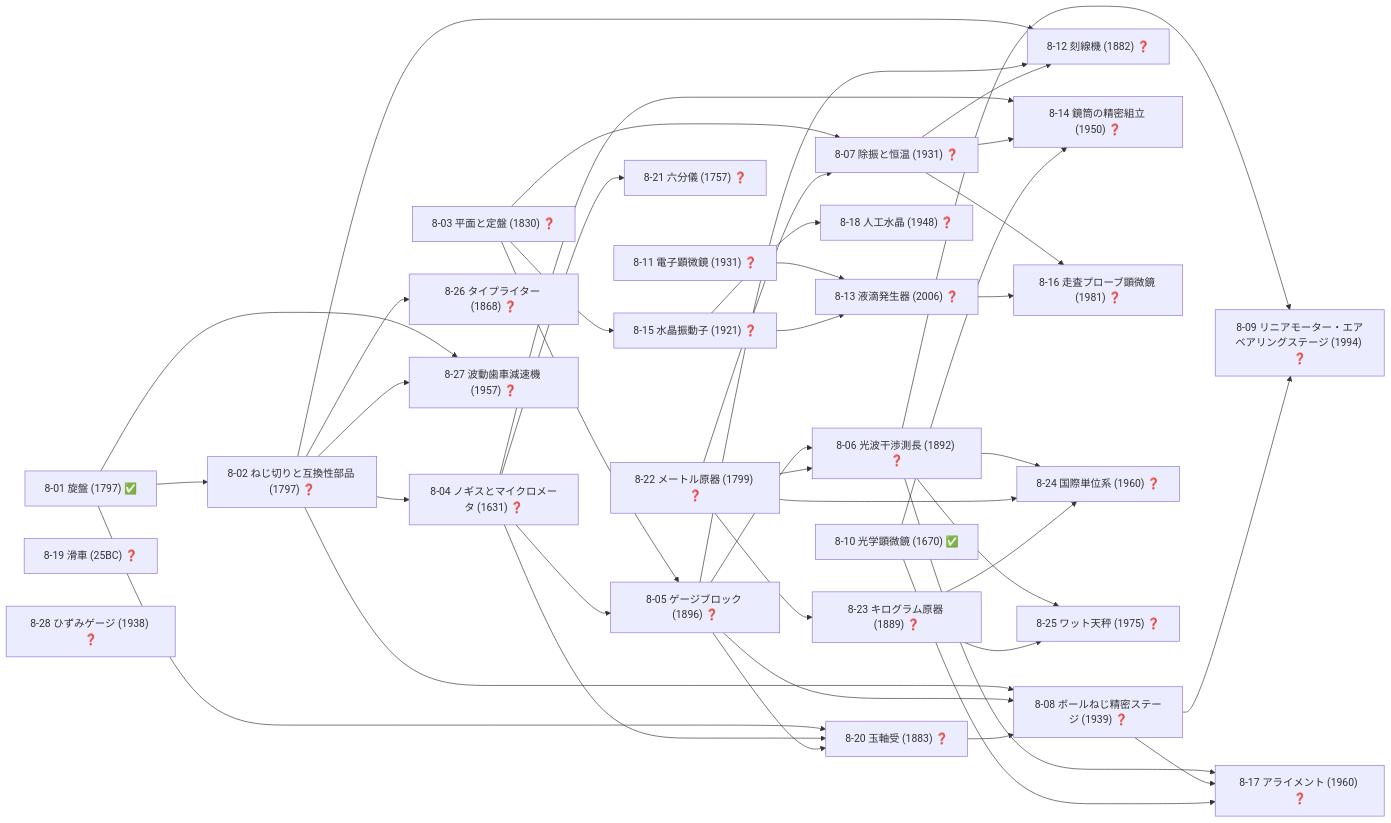
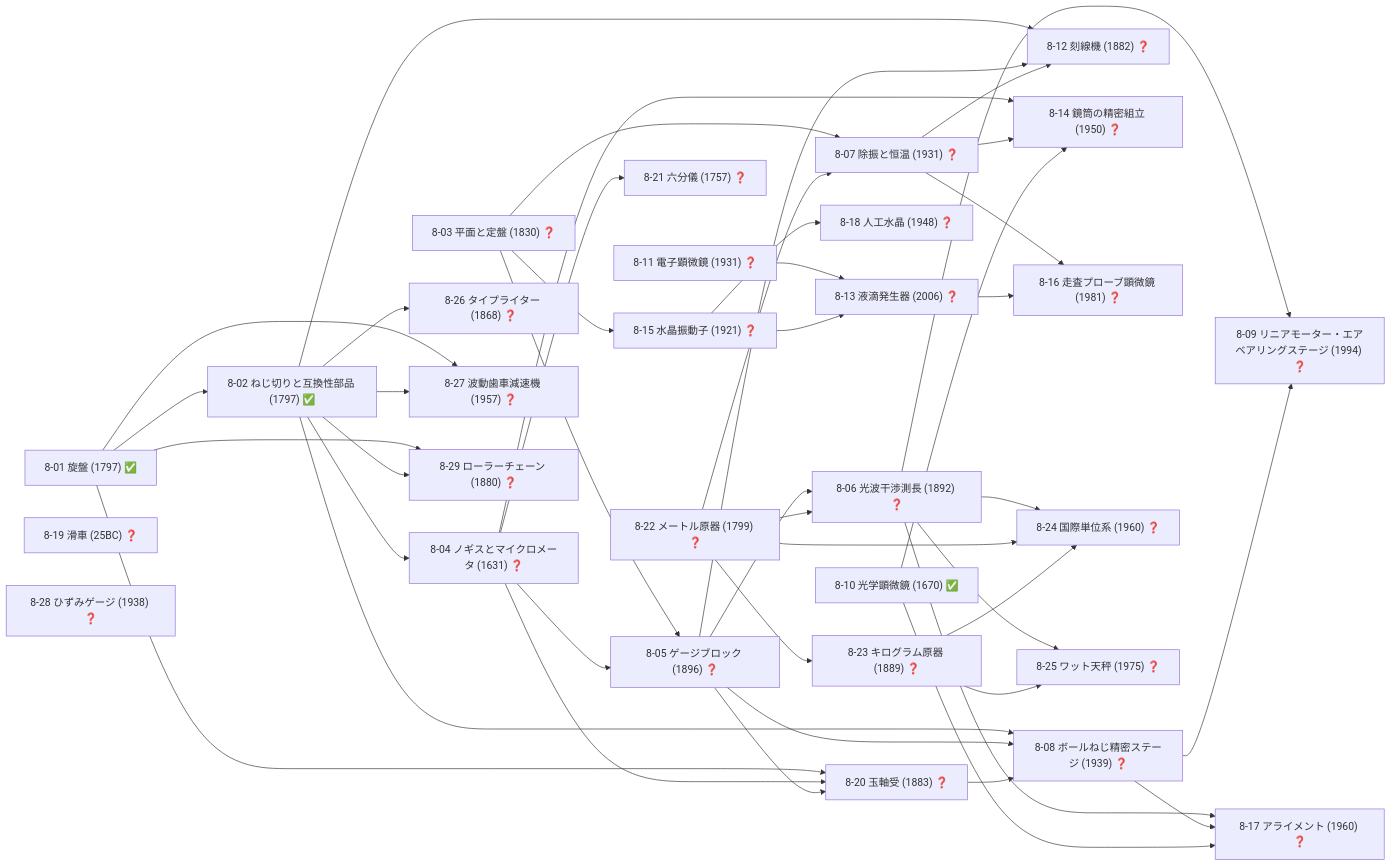
Diagram 11 of 19 in docs/TECH_TREE_VIEW.md (taku3i0317-collab/semiconductor-lab), drawn with Mermaid before and after one commit. The commit also changed other lines of this file and 16 other files, not shown here.

````diff
--- a/docs/TECH_TREE_VIEW.md
+++ b/docs/TECH_TREE_VIEW.md
@@ -546,72 +563,75 @@
 ```mermaid
 graph LR
   n8_01["8-01 旋盤 (1797) ✅"]
-  n8_02["8-02 ねじ切りと互換性部品 (1797) ❓"]
+  n8_02["8-02 ねじ切りと互換性部品 (1797) ✅"]
   n8_03["8-03 平面と定盤 (1830) ❓"]
   n8_04["8-04 ノギスとマイクロメータ (1631) ❓"]
   n8_05["8-05 ゲージブロック (1896) ❓"]
   n8_06["8-06 光波干渉測長 (1892) ❓"]
   n8_07["8-07 除振と恒温 (1931) ❓"]
   n8_08["8-08 ボールねじ精密ステージ (1939) ❓"]
   n8_09["8-09 リニアモーター・エアベアリングステージ (1994) ❓"]
   n8_10["8-10 光学顕微鏡 (1670) ✅"]
   n8_11["8-11 電子顕微鏡 (1931) ❓"]
   n8_12["8-12 刻線機 (1882) ❓"]
   n8_13["8-13 液滴発生器 (2006) ❓"]
   n8_14["8-14 鏡筒の精密組立 (1950) ❓"]
   n8_15["8-15 水晶振動子 (1921) ❓"]
   n8_16["8-16 走査プローブ顕微鏡 (1981) ❓"]
   n8_17["8-17 アライメント (1960) ❓"]
   n8_18["8-18 人工水晶 (1948) ❓"]
   n8_19["8-19 滑車 (25BC) ❓"]
   n8_20["8-20 玉軸受 (1883) ❓"]
   n8_21["8-21 六分儀 (1757) ❓"]
   n8_22["8-22 メートル原器 (1799) ❓"]
   n8_23["8-23 キログラム原器 (1889) ❓"]
   n8_24["8-24 国際単位系 (1960) ❓"]
   n8_25["8-25 ワット天秤 (1975) ❓"]
   n8_26["8-26 タイプライター (1868) ❓"]
   n8_27["8-27 波動歯車減速機 (1957) ❓"]
   n8_28["8-28 ひずみゲージ (1938) ❓"]
+  n8_29["8-29 ローラーチェーン (1880) ❓"]
   n8_01-->n8_02
   n8_02-->n8_04
   n8_03-->n8_05
   n8_04-->n8_05
   n8_05-->n8_06
   n8_22-->n8_06
   n8_03-->n8_07
   n8_22-->n8_07
   n8_02-->n8_08
   n8_05-->n8_08
   n8_20-->n8_08
   n8_06-->n8_09
   n8_08-->n8_09
   n8_02-->n8_12
   n8_05-->n8_12
   n8_07-->n8_12
   n8_11-->n8_13
   n8_15-->n8_13
   n8_04-->n8_14
   n8_07-->n8_14
   n8_10-->n8_14
   n8_03-->n8_15
   n8_07-->n8_16
   n8_13-->n8_16
   n8_06-->n8_17
   n8_08-->n8_17
   n8_10-->n8_17
   n8_15-->n8_18
   n8_01-->n8_20
   n8_04-->n8_20
   n8_05-->n8_20
   n8_04-->n8_21
   n8_22-->n8_23
   n8_06-->n8_24
   n8_22-->n8_24
   n8_23-->n8_24
   n8_06-->n8_25
   n8_23-->n8_25
   n8_02-->n8_26
   n8_01-->n8_27
   n8_02-->n8_27
+  n8_01-->n8_29
+  n8_02-->n8_29
 ```
````
